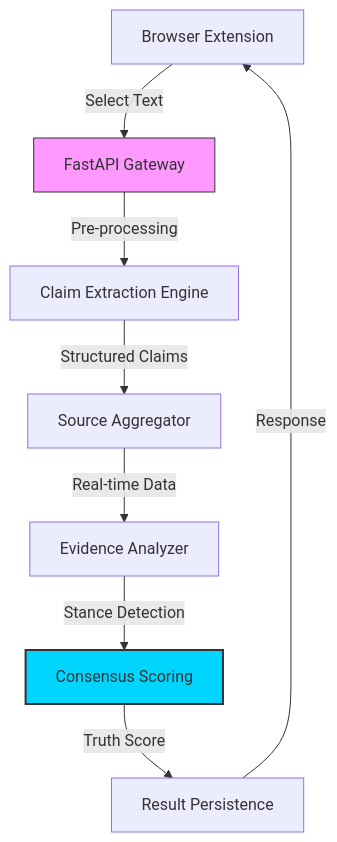
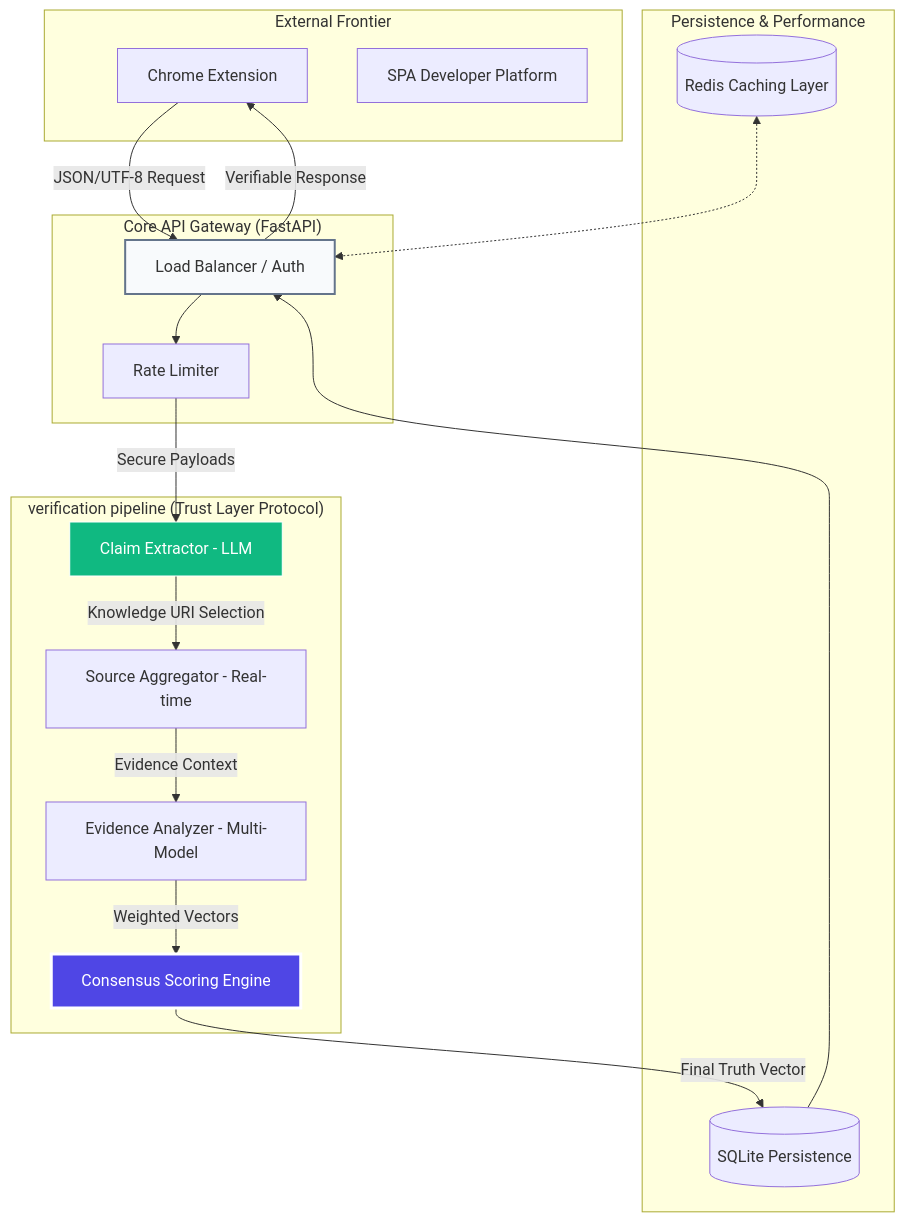
Before and after one commit to InnoShay/TLP: the diagram in README.md, drawn with Mermaid. The commit also changed other lines of this file, not shown here.

Commit message:
Rename to Creadify: Trust Layer Protocol (TLP) and add enterprise-grade HLD diagram by Synapse Innovators. 💎

````diff
--- a/README.md
+++ b/README.md
@@ -21,12 +21,39 @@
 ```mermaid
-graph TD
-    A[Browser Extension] -->|Select Text| B[FastAPI Gateway]
-    B -->|Pre-processing| C[Claim Extraction Engine]
-    C -->|Structured Claims| D[Source Aggregator]
-    D -->|Real-time Data| E[Evidence Analyzer]
-    E -->|Stance Detection| F[Consensus Scoring]
-    F -->|Truth Score| G[Result Persistence]
-    G -->|Response| A
-    style B fill:#f9f,stroke:#333,stroke-width:1px
-    style F fill:#00d5ff,stroke:#333,stroke-width:2px
+graph TB
+    subgraph "External Frontier"
+        EXT[Chrome Extension]
+        WEB[SPA Developer Platform]
+    end
+
+    subgraph "Core API Gateway (FastAPI)"
+        GAT[Load Balancer / Auth]
+        RAT[Rate Limiter]
+    end
+
+    subgraph "verification pipeline (Trust Layer Protocol)"
+        CEX[Claim Extractor - LLM]
+        AGG[Source Aggregator - Real-time]
+        ANA[Evidence Analyzer - Multi-Model]
+        CON[Consensus Scoring Engine]
+    end
+
+    subgraph "Persistence & Performance"
+        SQL[(SQLite Persistence)]
+        RED[(Redis Caching Layer)]
+    end
+
+    EXT -->|JSON/UTF-8 Request| GAT
+    GAT --> RAT
+    RAT -->|Secure Payloads| CEX
+    CEX -->|Knowledge URI Selection| AGG
+    AGG -->|Evidence Context| ANA
+    ANA -->|Weighted Vectors| CON
+    CON -->|Final Truth Vector| SQL
+    SQL --> GAT
+    RED <-.-> GAT
+    GAT -->|Verifiable Response| EXT
+
+    style GAT fill:#f8fafc,stroke:#64748b,stroke-width:2px
+    style CON fill:#4f46e5,stroke:#fff,stroke-width:3px,color:#fff
+    style CEX fill:#10b981,stroke:#fff,stroke-width:1px,color:#fff
 ```
````
